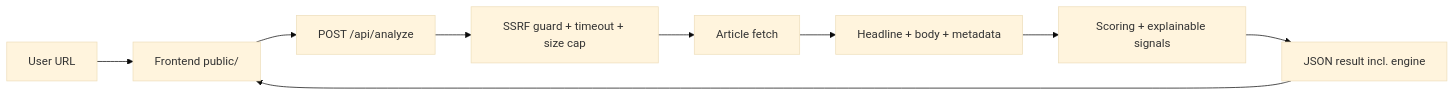
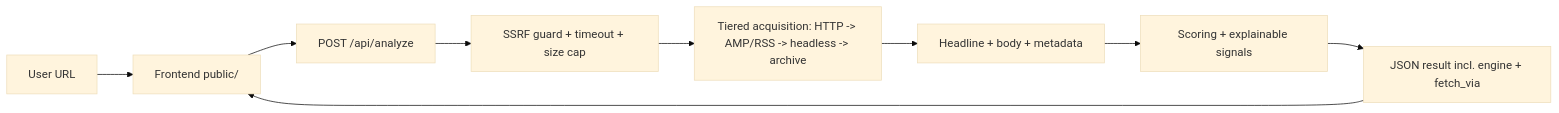
One commit to slenderongithub/BaitBlock changed the diagram in README.md. Above: the diagram before and after it, drawn with Mermaid (base theme). The commit also changed other lines of this file and 9 other files, not shown here.

````diff
--- a/README.md
+++ b/README.md
@@ -63,11 +94,11 @@
 ```mermaid
 flowchart LR
    U[User URL] --> FE[Frontend public/]
    FE --> API[POST /api/analyze]
    API --> SSRF[SSRF guard + timeout + size cap]
-   SSRF --> FETCH[Article fetch]
-   FETCH --> EXTRACT[Headline + body + metadata]
+   SSRF --> ACQ[Tiered acquisition: HTTP -> AMP/RSS -> headless -> archive]
+   ACQ --> EXTRACT[Headline + body + metadata]
    EXTRACT --> SCORE[Scoring + explainable signals]
-   SCORE --> RES[JSON result incl. engine]
+   SCORE --> RES[JSON result incl. engine + fetch_via]
    RES --> FE
 ```
````
